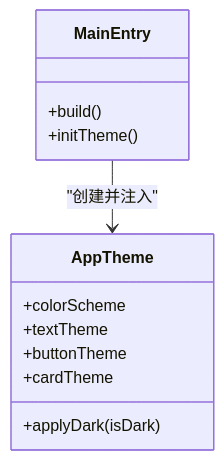
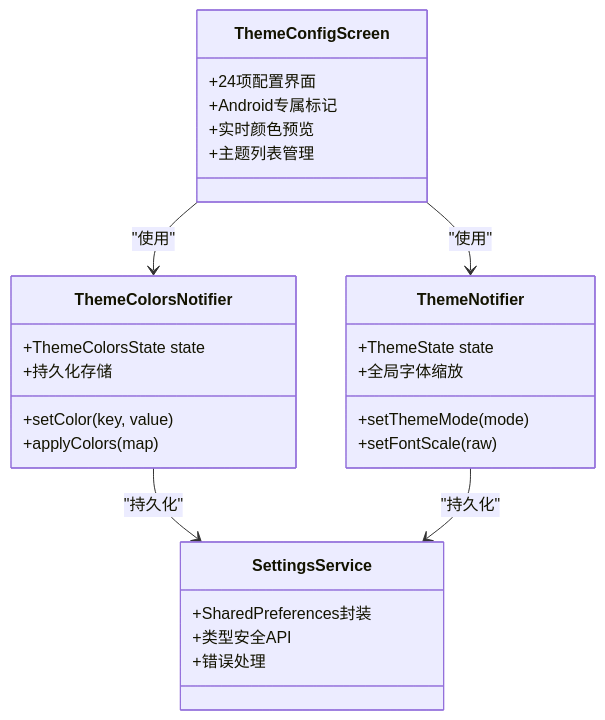
Before and after one commit to ZhangGHGitHub/LegadoTeamFlutter: the third of 4 diagrams in .qoder/repowiki/zh/content/Web管理界面/主题系统.md, drawn with Mermaid. The commit also changed other lines of this file and 173 other files, not shown here.

````diff
--- a/.qoder/repowiki/zh/content/Web管理界面/主题系统.md
+++ b/.qoder/repowiki/zh/content/Web管理界面/主题系统.md
@@ -252,15 +198,30 @@
 ```mermaid
 classDiagram
-class AppTheme {
-+colorScheme
-+textTheme
-+buttonTheme
-+cardTheme
-+applyDark(isDark)
+class ThemeConfigScreen {
++24项配置界面
++Android专属标记
++实时颜色预览
++主题列表管理
 }
-class MainEntry {
-+build()
-+initTheme()
+class ThemeColorsNotifier {
++ThemeColorsState state
++setColor(key, value)
++applyColors(map)
++持久化存储
 }
-MainEntry --> AppTheme : "创建并注入"
+class ThemeNotifier {
++ThemeState state
++setThemeMode(mode)
++setFontScale(raw)
++全局字体缩放
+}
+class SettingsService {
++SharedPreferences封装
++类型安全API
++错误处理
+}
+ThemeConfigScreen --> ThemeColorsNotifier : "使用"
+ThemeConfigScreen --> ThemeNotifier : "使用"
+ThemeColorsNotifier --> SettingsService : "持久化"
+ThemeNotifier --> SettingsService : "持久化"
 ```
````
